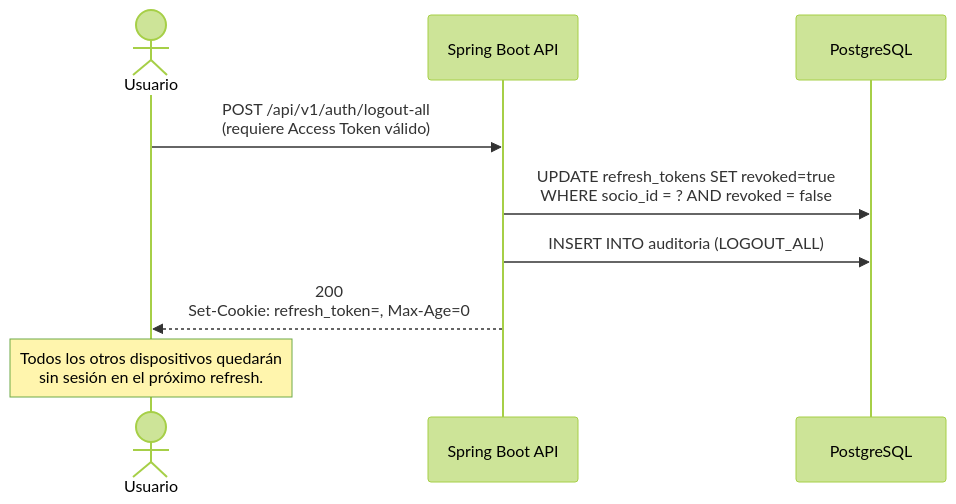
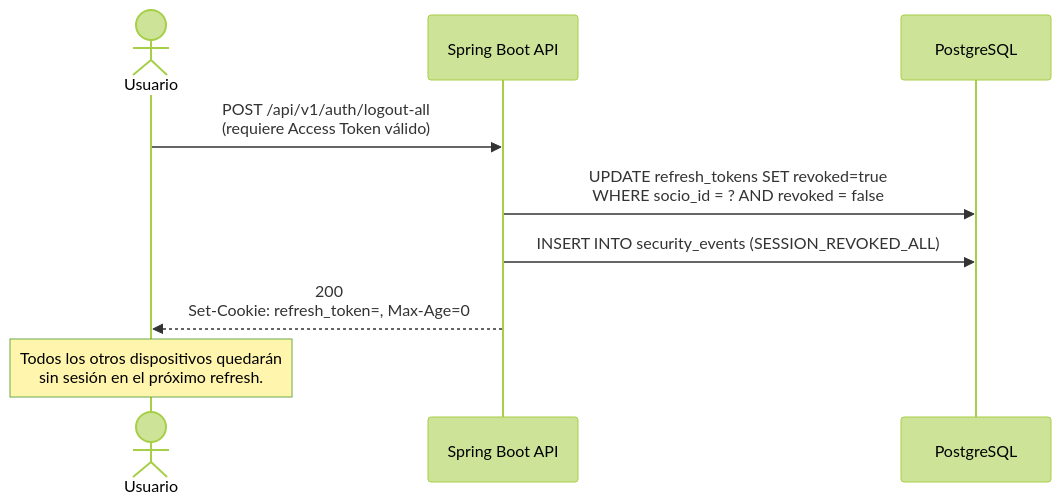
Before and after one commit to ovo86da/sadday-app: the fourth of 10 diagrams in docs/security/diagramas/02_flujos_autenticacion.md, drawn with Mermaid (forest theme). The commit also changed other lines of this file, not shown here.

First line of the commit message:
docs(security): actualizar diagramas de autenticación para reflejar implementación real

````diff
--- a/docs/security/diagramas/02_flujos_autenticacion.md
+++ b/docs/security/diagramas/02_flujos_autenticacion.md
@@ -142,14 +168,14 @@
 ```mermaid
 sequenceDiagram
     actor U as Usuario
     participant API as Spring Boot API
     participant DB as PostgreSQL
 
     U->>API: POST /api/v1/auth/logout-all<br/>(requiere Access Token válido)
 
     API->>DB: UPDATE refresh_tokens SET revoked=true<br/>WHERE socio_id = ? AND revoked = false
-    API->>DB: INSERT INTO auditoria (LOGOUT_ALL)
+    API->>DB: INSERT INTO security_events (SESSION_REVOKED_ALL)
 
     API-->>U: 200<br/>Set-Cookie: refresh_token=, Max-Age=0
     Note over U: Todos los otros dispositivos quedarán<br/>sin sesión en el próximo refresh.
 ```
````
